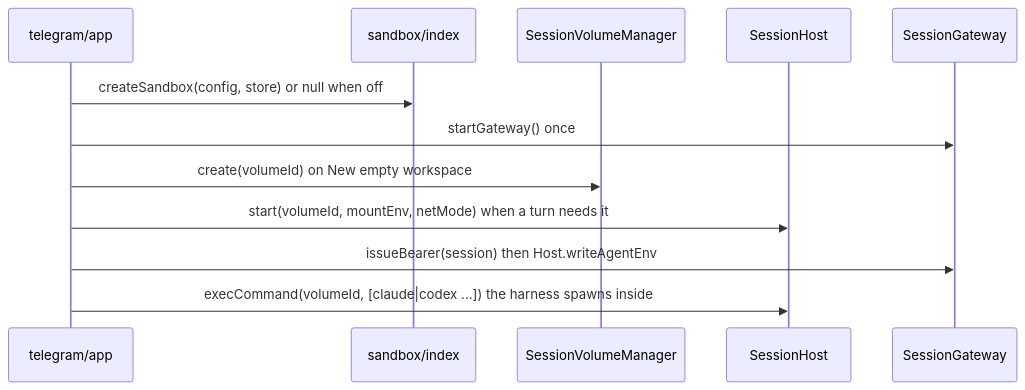
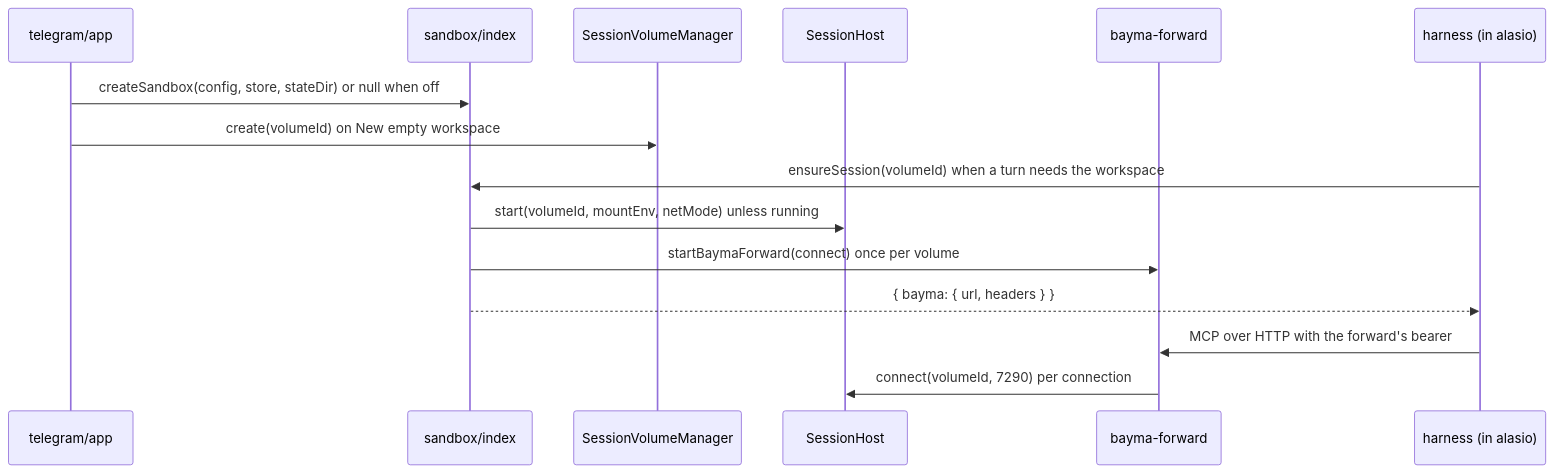
Before and after one commit to eaucoin/alasio: the second of 3 diagrams in src/sandbox/README.md, drawn with Mermaid. The commit also changed other lines of this file and 51 other files, not shown here.

````diff
--- a/src/sandbox/README.md
+++ b/src/sandbox/README.md
@@ -37,14 +34,17 @@
 ```mermaid
 sequenceDiagram
   participant App as telegram/app
   participant Sb as sandbox/index
   participant Vol as SessionVolumeManager
   participant Host as SessionHost
-  participant Gw as SessionGateway
-  App->>Sb: createSandbox(config, store) or null when off
-  App->>Gw: startGateway() once
+  participant Fwd as bayma-forward
+  participant H as harness (in alasio)
+  App->>Sb: createSandbox(config, store, stateDir) or null when off
   App->>Vol: create(volumeId) on New empty workspace
-  App->>Host: start(volumeId, mountEnv, netMode) when a turn needs it
-  App->>Gw: issueBearer(session) then Host.writeAgentEnv
-  App->>Host: execCommand(volumeId, [claude|codex ...]) the harness spawns inside
+  H->>Sb: ensureSession(volumeId) when a turn needs the workspace
+  Sb->>Host: start(volumeId, mountEnv, netMode) unless running
+  Sb->>Fwd: startBaymaForward(connect) once per volume
+  Sb-->>H: { bayma: { url, headers } }
+  H->>Fwd: MCP over HTTP with the forward's bearer
+  Fwd->>Host: connect(volumeId, 7290) per connection
 ```
````
